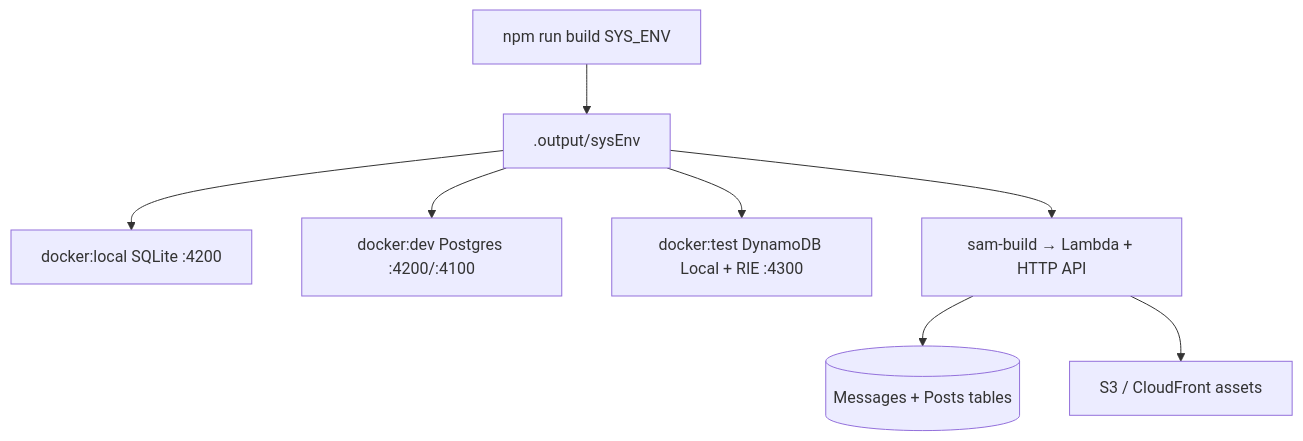
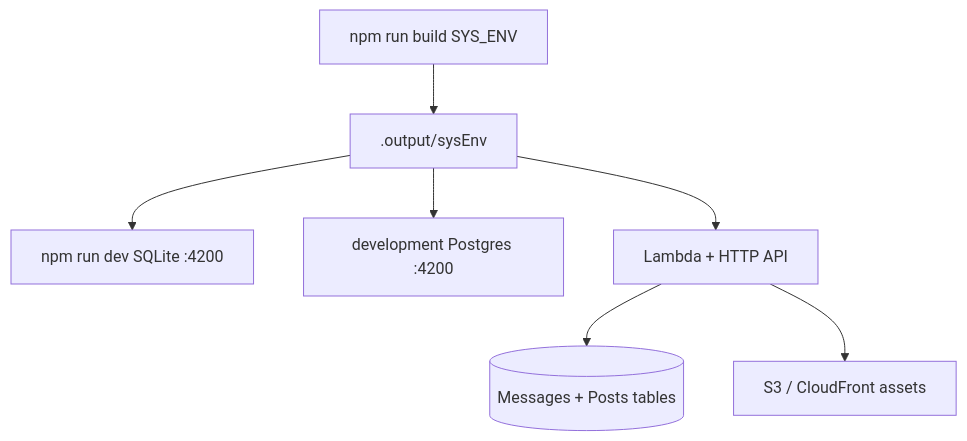
Before and after one commit to likwidmack/portfolio: the third of 3 diagrams in docs/web/reference/system-c4.md, drawn with Mermaid. The commit also changed other lines of this file and 30 other files, not shown here.

````diff
--- a/docs/web/reference/system-c4.md
+++ b/docs/web/reference/system-c4.md
@@ -121,10 +121,9 @@
 ```mermaid
 flowchart TB
   Build["npm run build SYS_ENV"] --> Out[".output/sysEnv"]
-  Out --> LocalDocker["docker:local SQLite :4200"]
-  Out --> DevDocker["docker:dev Postgres :4200/:4100"]
-  Out --> TestDocker["docker:test DynamoDB Local + RIE :4300"]
-  Out --> SAM["sam-build → Lambda + HTTP API"]
+  Out --> LocalDev["npm run dev SQLite :4200"]
+  Out --> DevPg["development Postgres :4200"]
+  Out --> SAM["Lambda + HTTP API"]
   SAM --> Tables[(Messages + Posts tables)]
   SAM --> Assets[S3 / CloudFront assets]
 ```
````
